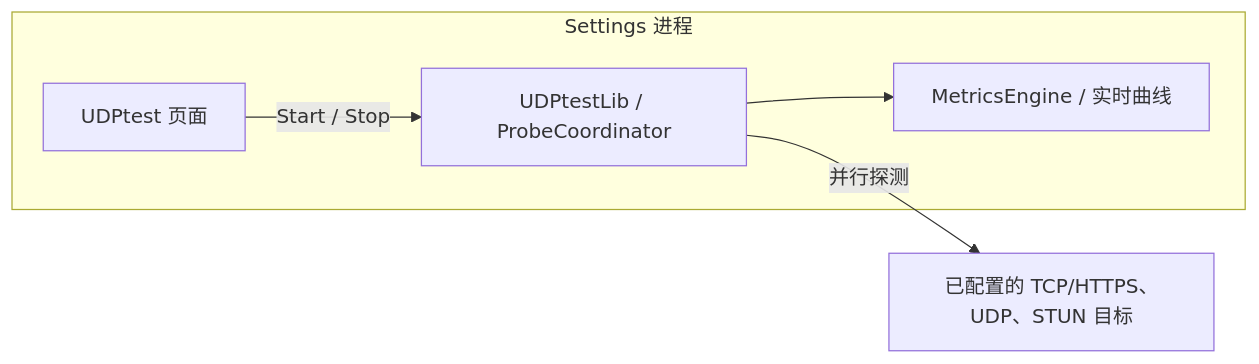
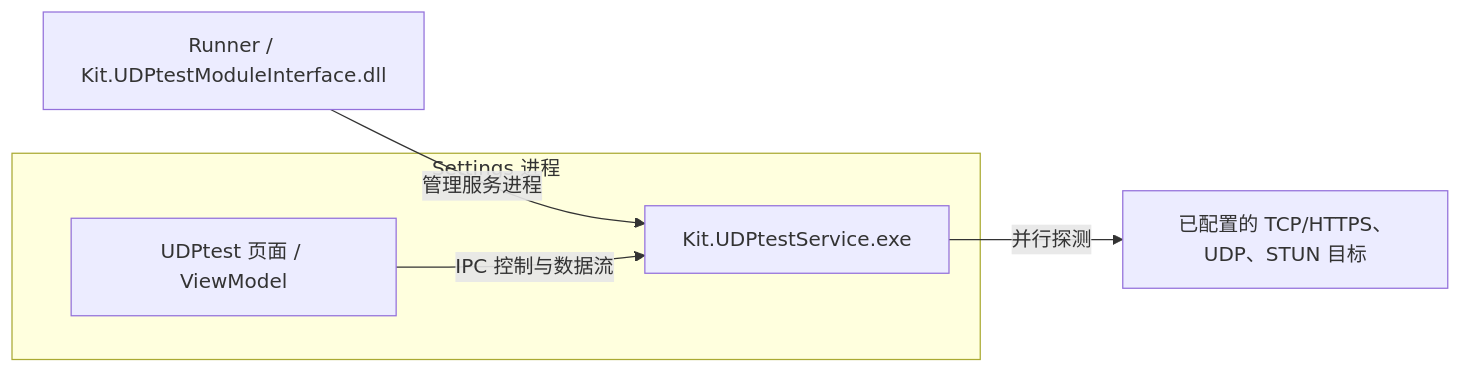
The fifth of 7 diagrams in README_zh.md (guijianchou/Kit), drawn with Mermaid before and after one commit. The commit also changed other lines of this file and 38 other files, not shown here.

````diff
--- a/README_zh.md
+++ b/README_zh.md
@@ -169,8 +169,8 @@
 ```mermaid
 flowchart LR
+    MI["Runner / Kit.UDPtestModuleInterface.dll"] -->|"管理服务进程"| SVC["Kit.UDPtestService.exe"]
     subgraph S["Settings 进程"]
-        PG["UDPtest 页面"] -->|"Start / Stop"| ENG["UDPtestLib / ProbeCoordinator"]
-        ENG --> METRICS["MetricsEngine / 实时曲线"]
+        PG["UDPtest 页面 / ViewModel"] -->|"IPC 控制与数据流"| SVC
     end
-    ENG -->|"并行探测"| TARGET["已配置的 TCP/HTTPS、UDP、STUN 目标"]
+    SVC -->|"并行探测"| TARGET["已配置的 TCP/HTTPS、UDP、STUN 目标"]
 ```
````
